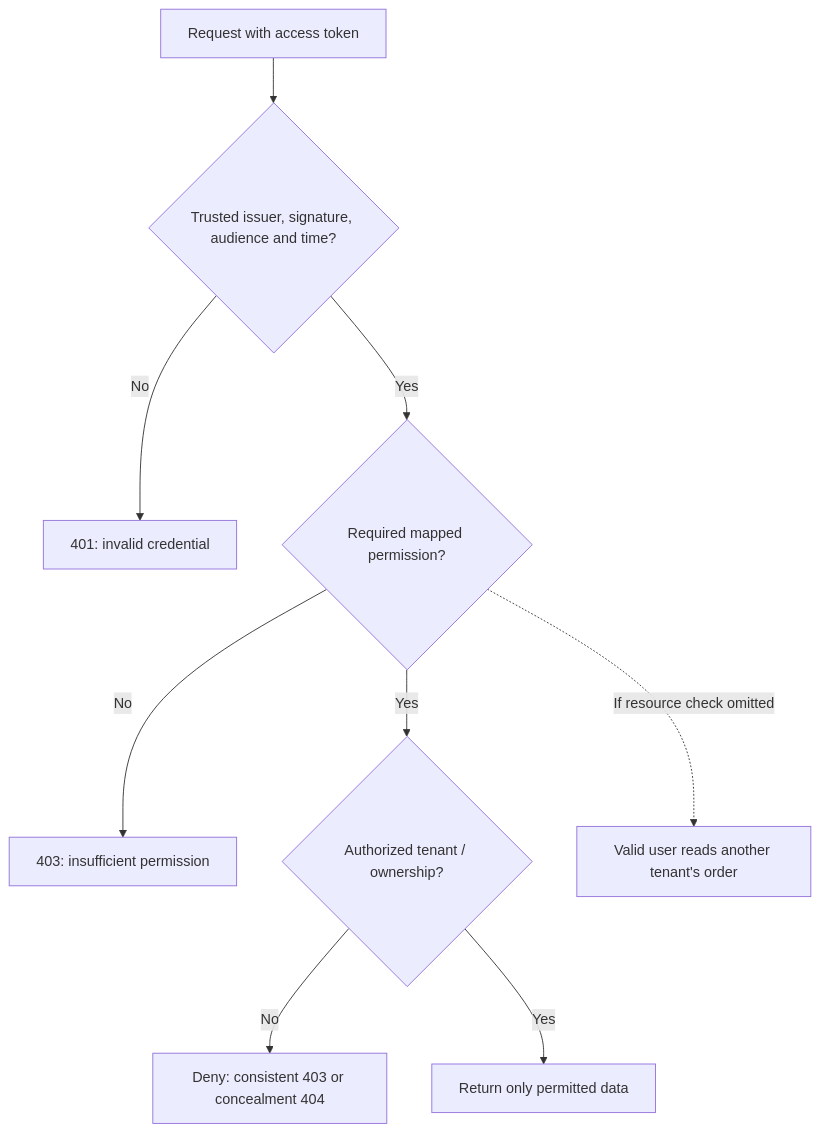
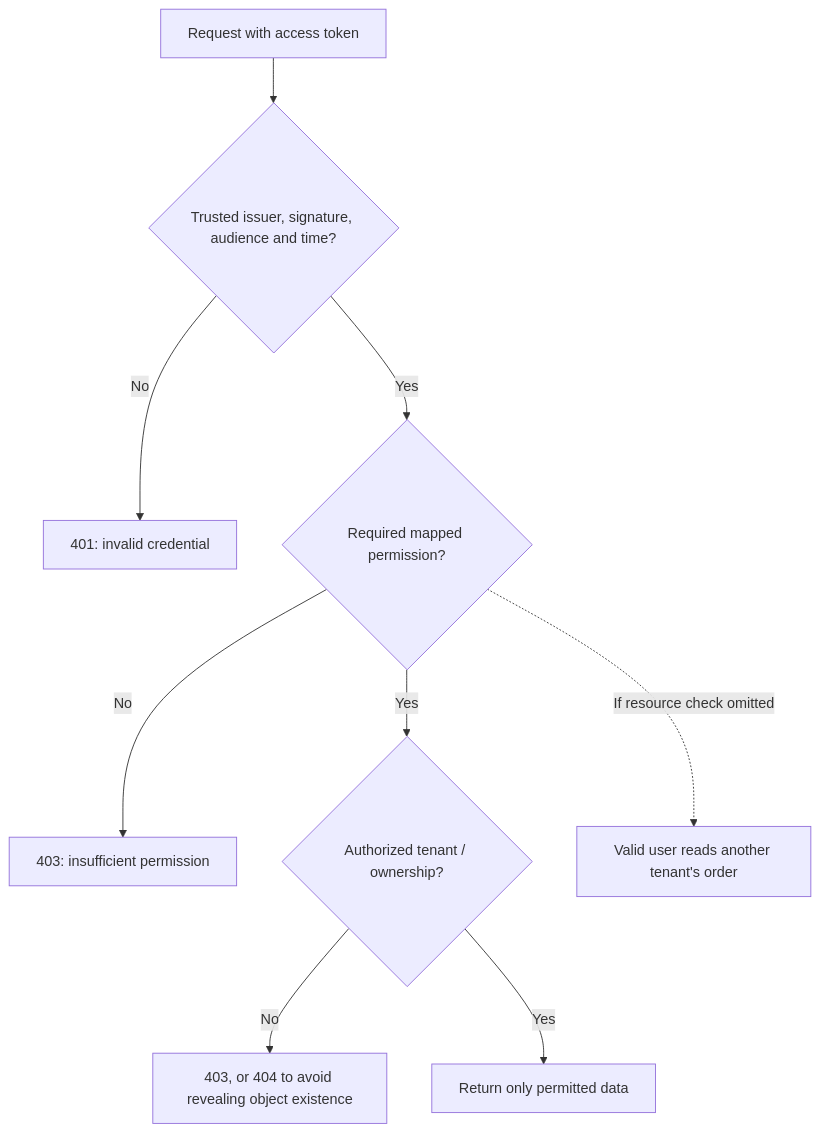
Before and after one commit to guptanitesh-ng/study: the eighth of 15 diagrams in Authentication-Authorization-Patterns.md, drawn with Mermaid. The commit also changed other lines of this file and 2 other files, not shown here.

````diff
--- a/Authentication-Authorization-Patterns.md
+++ b/Authentication-Authorization-Patterns.md
@@ -372,11 +385,11 @@
 ```mermaid
 flowchart TD
     Request["Request with access token"] --> Token{"Trusted issuer, signature, audience and time?"}
     Token -->|No| Unauthenticated["401: invalid credential"]
     Token -->|Yes| Capability{"Required mapped permission?"}
     Capability -->|No| Forbidden["403: insufficient permission"]
     Capability -->|Yes| Resource{"Authorized tenant / ownership?"}
-    Resource -->|No| Deny["Deny: consistent 403 or concealment 404"]
+    Resource -->|No| Deny["403, or 404 to avoid revealing object existence"]
     Resource -->|Yes| Return["Return only permitted data"]
     Capability -.->|If resource check omitted| Leak["Valid user reads another tenant's order"]
 ```
````
